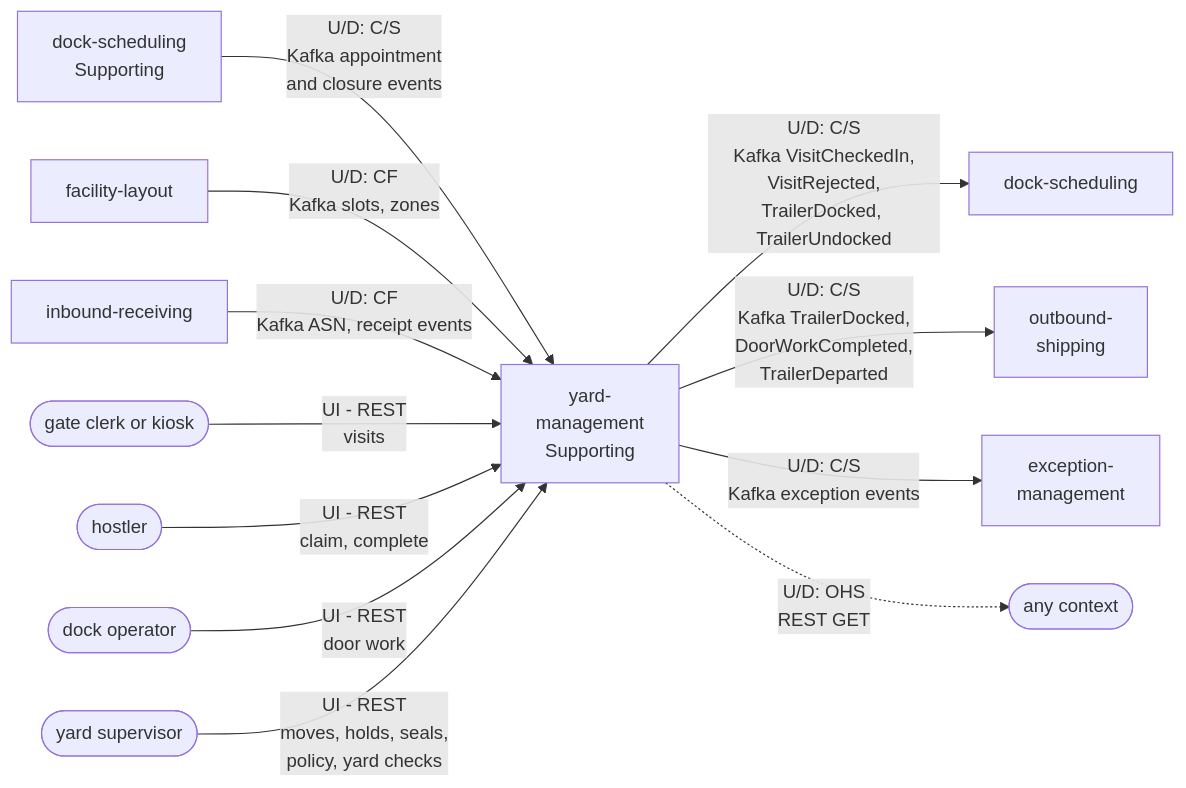
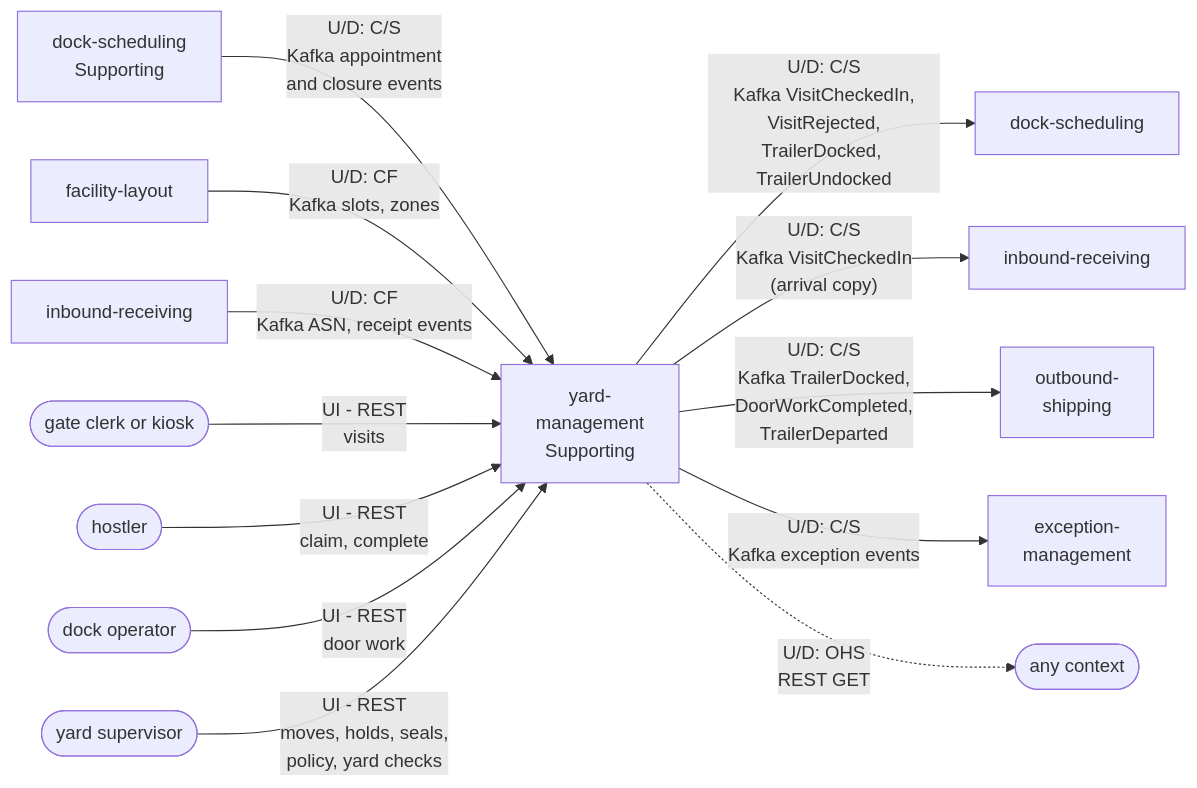
One commit to IQVO/warehouse-docs changed the diagram in yard/docs/contexts/yard-management/context-map.md. Above: the diagram before and after it, drawn with Mermaid. The commit also changed other lines of this file and 7 other files, not shown here.

Commit message:
docs(yard): add the yard-management to inbound-receiving VisitCheckedIn edge (K76) and flip the applied edges to live

````diff
--- a/yard/docs/contexts/yard-management/context-map.md
+++ b/yard/docs/contexts/yard-management/context-map.md
@@ -21,27 +21,29 @@
 ```mermaid
 flowchart LR
     DS1["dock-scheduling<br/>Supporting"]
     FL["facility-layout"]
     IR1["inbound-receiving"]
+    IR2["inbound-receiving"]
     GC(["gate clerk or kiosk"])
     HO(["hostler"])
     DO(["dock operator"])
     SU(["yard supervisor"])
     YM["yard-<br/>management<br/>Supporting"]
     DS2["dock-scheduling"]
     OS["outbound-<br/>shipping"]
     EM["exception-<br/>management"]
     ANY(["any context"])
 
     DS1 -->|"U/D: C/S<br/>Kafka appointment<br/>and closure events"| YM
     FL -->|"U/D: CF<br/>Kafka slots, zones"| YM
     IR1 -->|"U/D: CF<br/>Kafka ASN, receipt events"| YM
     GC -->|"UI - REST<br/>visits"| YM
     HO -->|"UI - REST<br/>claim, complete"| YM
     DO -->|"UI - REST<br/>door work"| YM
     SU -->|"UI - REST<br/>moves, holds, seals,<br/>policy, yard checks"| YM
     YM -->|"U/D: C/S<br/>Kafka VisitCheckedIn,<br/>VisitRejected,<br/>TrailerDocked, TrailerUndocked"| DS2
+    YM -->|"U/D: C/S<br/>Kafka VisitCheckedIn<br/>(arrival copy)"| IR2
     YM -->|"U/D: C/S<br/>Kafka TrailerDocked,<br/>DoorWorkCompleted,<br/>TrailerDeparted"| OS
     YM -->|"U/D: C/S<br/>Kafka exception events"| EM
     YM -.->|"U/D: OHS<br/>REST GET"| ANY
 ```
````
